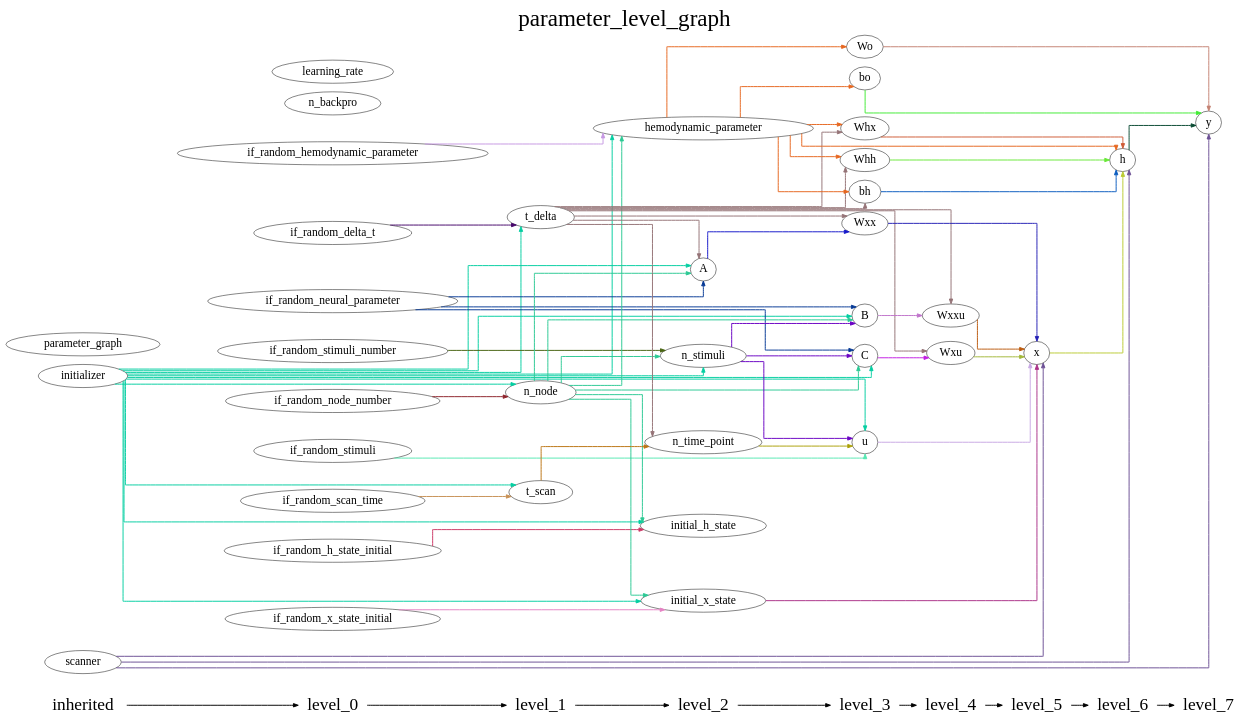
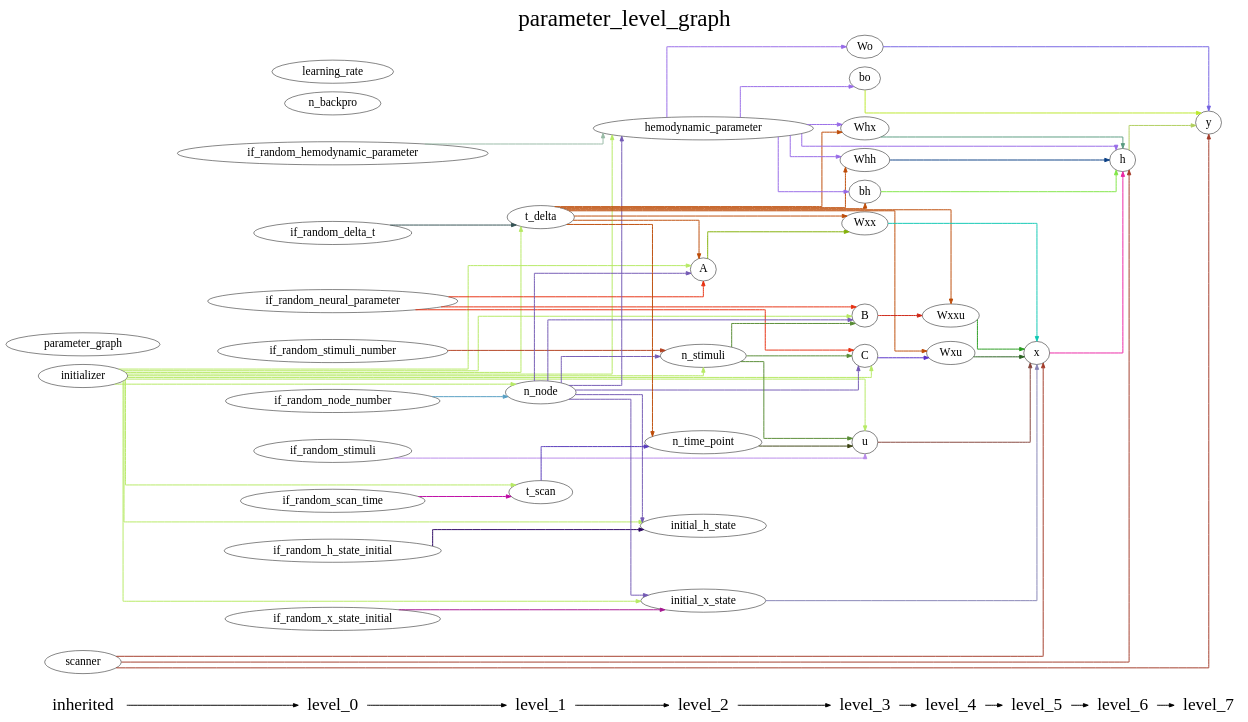
Before and after one commit to YuanWangOnward/DCM_RNN: the diagram in DCM_RNN/documents/parameter_level_graph.gv, drawn with Graphviz. The commit also changed 6 other files, not shown here.

```diff
--- a/DCM_RNN/documents/parameter_level_graph.gv
+++ b/DCM_RNN/documents/parameter_level_graph.gv
@@ -1,156 +1,156 @@
 digraph G {
           splines=ortho;
           fontsize = 48;
           rankdir = "LR";
           node[fontsize=24];
           edge[penwidth=2];
           {
           node [shape=plaintext fontsize=36];
           inherited -> 
           level_0 -> 
           level_1 -> 
           level_2 -> 
           level_3 -> 
           level_4 -> 
           level_5 -> 
           level_6 -> 
           level_7
           }
           {rank = same;
           inherited;
           initializer;
           parameter_graph;
           scanner;
           }
           {rank = same;
           level_0;
           if_random_neural_parameter;
           if_random_hemodynamic_parameter;
           if_random_x_state_initial;
           if_random_h_state_initial;
           if_random_stimuli;
           if_random_node_number;
           if_random_stimuli_number;
           if_random_delta_t;
           if_random_scan_time;
           n_backpro;
           learning_rate;
           }
           {rank = same;
           level_1;
           n_node;
           t_delta;
           t_scan;
           }
           {rank = same;
           level_2;
           n_time_point;
           n_stimuli;
           A;
           hemodynamic_parameter;
           initial_x_state;
           initial_h_state;
           }
           {rank = same;
           level_3;
           u;
           B;
           C;
           Wxx;
           Whx;
           Whh;
           bh;
           Wo;
           bo;
           }
           {rank = same;
           level_4;
           Wxxu;
           Wxu;
           }
           {rank = same;
           level_5;
           x;
           }
           {rank = same;
           level_6;
           h;
           }
           {rank = same;
           level_7;
           y;
           }
-          t_delta -> n_time_point [color="#957377"];
-          t_delta -> Wxu [color="#957377"];
-          t_delta -> bh [color="#957377"];
-          t_delta -> Whh [color="#957377"];
-          t_delta -> Wxxu [color="#957377"];
-          t_delta -> Wxx [color="#957377"];
-          t_delta -> A [color="#957377"];
-          t_delta -> Whx [color="#957377"];
-          n_time_point -> u [color="#ACA109"];
-          initial_x_state -> x [color="#AB3288"];
-          Wxu -> x [color="#A2B73A"];
-          scanner -> x [color="#6C5095"];
-          scanner -> h [color="#6C5095"];
-          scanner -> y [color="#6C5095"];
-          n_node -> n_stimuli [color="#2BC994"];
-          n_node -> initial_x_state [color="#2BC994"];
-          n_node -> hemodynamic_parameter [color="#2BC994"];
-          n_node -> initial_h_state [color="#2BC994"];
-          n_node -> B [color="#2BC994"];
-          n_node -> C [color="#2BC994"];
-          n_node -> A [color="#2BC994"];
-          bh -> h [color="#0B5CC0"];
-          if_random_delta_t -> t_delta [color="#46066A"];
-          initializer -> t_delta [color="#04CEA1"];
-          initializer -> n_node [color="#04CEA1"];
-          initializer -> n_stimuli [color="#04CEA1"];
-          initializer -> initial_x_state [color="#04CEA1"];
-          initializer -> hemodynamic_parameter [color="#04CEA1"];
-          initializer -> u [color="#04CEA1"];
-          initializer -> initial_h_state [color="#04CEA1"];
-          initializer -> B [color="#04CEA1"];
-          initializer -> C [color="#04CEA1"];
-          initializer -> A [color="#04CEA1"];
-          initializer -> t_scan [color="#04CEA1"];
+          if_random_node_number -> n_node [color="#559EC3"];
           learning_rate ;
-          Wxxu -> x [color="#BC5A0E"];
-          if_random_scan_time -> t_scan [color="#C89155"];
-          Wo -> y [color="#C58373"];
-          n_stimuli -> u [color="#6A03C4"];
-          n_stimuli -> B [color="#6A03C4"];
-          n_stimuli -> C [color="#6A03C4"];
-          if_random_neural_parameter -> B [color="#063995"];
-          if_random_neural_parameter -> C [color="#063995"];
-          if_random_neural_parameter -> A [color="#063995"];
-          Whh -> h [color="#69E839"];
-          if_random_x_state_initial -> initial_x_state [color="#E582C4"];
-          Whx -> h [color="#CE5B36"];
-          hemodynamic_parameter -> bh [color="#E66720"];
-          hemodynamic_parameter -> Wo [color="#E66720"];
-          hemodynamic_parameter -> Whh [color="#E66720"];
-          hemodynamic_parameter -> bo [color="#E66720"];
-          hemodynamic_parameter -> h [color="#E66720"];
-          hemodynamic_parameter -> Whx [color="#E66720"];
+          hemodynamic_parameter -> Whh [color="#976AE7"];
+          hemodynamic_parameter -> bh [color="#976AE7"];
+          hemodynamic_parameter -> Wo [color="#976AE7"];
+          hemodynamic_parameter -> Whx [color="#976AE7"];
+          hemodynamic_parameter -> bo [color="#976AE7"];
+          hemodynamic_parameter -> h [color="#976AE7"];
+          Wo -> y [color="#7362E2"];
+          B -> Wxxu [color="#CE2514"];
+          if_random_h_state_initial -> initial_h_state [color="#2A0562"];
+          y ;
+          initial_h_state ;
+          Wxx -> x [color="#0EC8B3"];
+          n_time_point -> u [color="#3C4413"];
+          Whh -> h [color="#0C4085"];
+          bo -> y [color="#BBE92B"];
+          bh -> h [color="#80E645"];
+          n_backpro ;
+          scanner -> y [color="#A23A28"];
+          scanner -> x [color="#A23A28"];
+          scanner -> h [color="#A23A28"];
+          if_random_stimuli_number -> n_stimuli [color="#B34020"];
+          initial_x_state -> x [color="#8583B5"];
+          n_node -> hemodynamic_parameter [color="#7359B4"];
+          n_node -> B [color="#7359B4"];
+          n_node -> initial_h_state [color="#7359B4"];
+          n_node -> initial_x_state [color="#7359B4"];
+          n_node -> A [color="#7359B4"];
+          n_node -> C [color="#7359B4"];
+          n_node -> n_stimuli [color="#7359B4"];
+          t_scan -> n_time_point [color="#573ABB"];
+          if_random_delta_t -> t_delta [color="#335153"];
+          Wxxu -> x [color="#269B1E"];
+          if_random_scan_time -> t_scan [color="#BE07A4"];
+          A -> Wxx [color="#82B006"];
+          u -> x [color="#84433B"];
+          initializer -> hemodynamic_parameter [color="#B6EA64"];
+          initializer -> B [color="#B6EA64"];
+          initializer -> initial_h_state [color="#B6EA64"];
+          initializer -> initial_x_state [color="#B6EA64"];
+          initializer -> n_node [color="#B6EA64"];
+          initializer -> t_scan [color="#B6EA64"];
+          initializer -> A [color="#B6EA64"];
+          initializer -> u [color="#B6EA64"];
+          initializer -> C [color="#B6EA64"];
+          initializer -> t_delta [color="#B6EA64"];
+          initializer -> n_stimuli [color="#B6EA64"];
+          if_random_neural_parameter -> B [color="#E73010"];
+          if_random_neural_parameter -> A [color="#E73010"];
+          if_random_neural_parameter -> C [color="#E73010"];
+          Whx -> h [color="#599B80"];
+          Wxu -> x [color="#296120"];
+          x -> h [color="#EC24A5"];
           parameter_graph ;
-          u -> x [color="#C8A9E4"];
-          Wxx -> x [color="#2420B5"];
-          initial_h_state ;
-          B -> Wxxu [color="#C073CB"];
-          n_backpro ;
-          bo -> y [color="#41EC35"];
-          x -> h [color="#BBCB34"];
-          C -> Wxu [color="#C31EE3"];
-          h -> y [color="#084931"];
-          A -> Wxx [color="#1517CA"];
-          if_random_h_state_initial -> initial_h_state [color="#CC3966"];
-          if_random_stimuli -> u [color="#56E8B2"];
-          if_random_stimuli_number -> n_stimuli [color="#486411"];
-          y ;
-          if_random_node_number -> n_node [color="#8E232B"];
-          if_random_hemodynamic_parameter -> hemodynamic_parameter [color="#C698E2"];
-          t_scan -> n_time_point [color="#BC7513"];
+          if_random_x_state_initial -> initial_x_state [color="#A61591"];
+          if_random_stimuli -> u [color="#B88AEA"];
+          if_random_hemodynamic_parameter -> hemodynamic_parameter [color="#98BBA6"];
+          h -> y [color="#B0CE5C"];
+          C -> Wxu [color="#5730C8"];
+          t_delta -> Wxx [color="#BE4C08"];
+          t_delta -> n_time_point [color="#BE4C08"];
+          t_delta -> Whh [color="#BE4C08"];
+          t_delta -> bh [color="#BE4C08"];
+          t_delta -> Wxxu [color="#BE4C08"];
+          t_delta -> A [color="#BE4C08"];
+          t_delta -> Whx [color="#BE4C08"];
+          t_delta -> Wxu [color="#BE4C08"];
+          n_stimuli -> B [color="#578B34"];
+          n_stimuli -> u [color="#578B34"];
+          n_stimuli -> C [color="#578B34"];
           labelloc = "t";
           label = "parameter_level_graph";
 }
```
